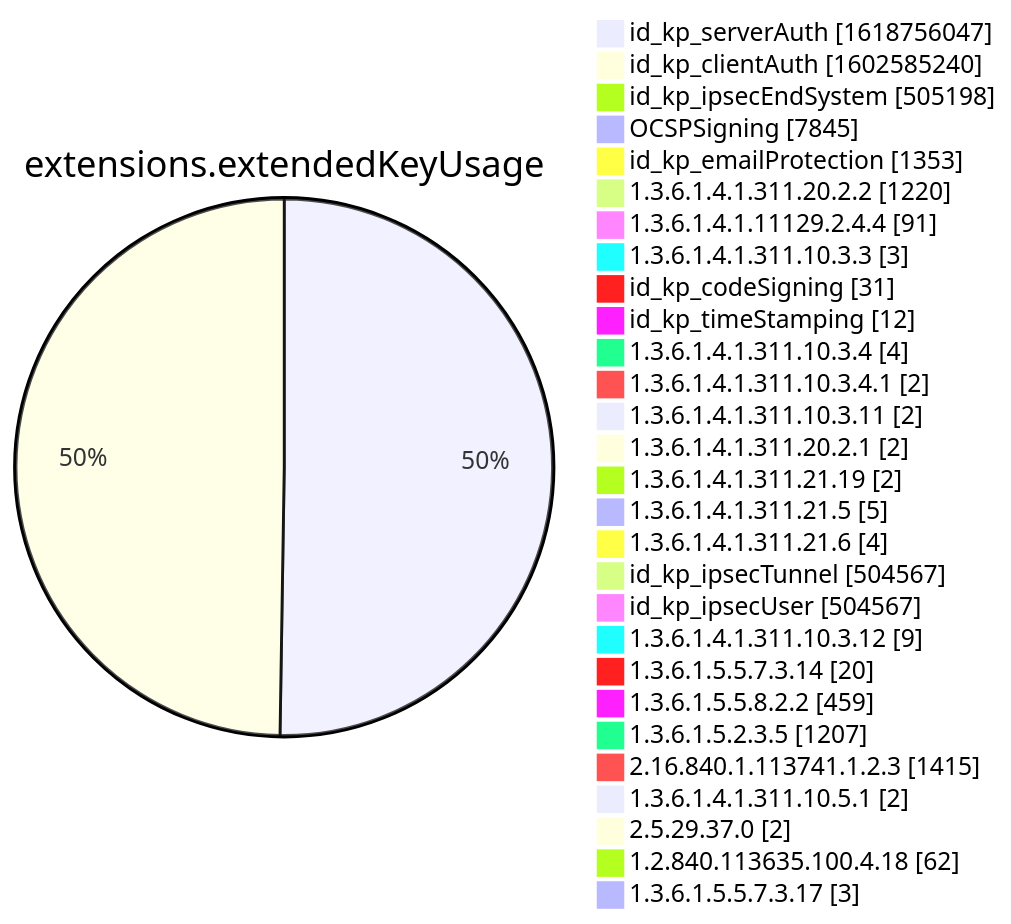
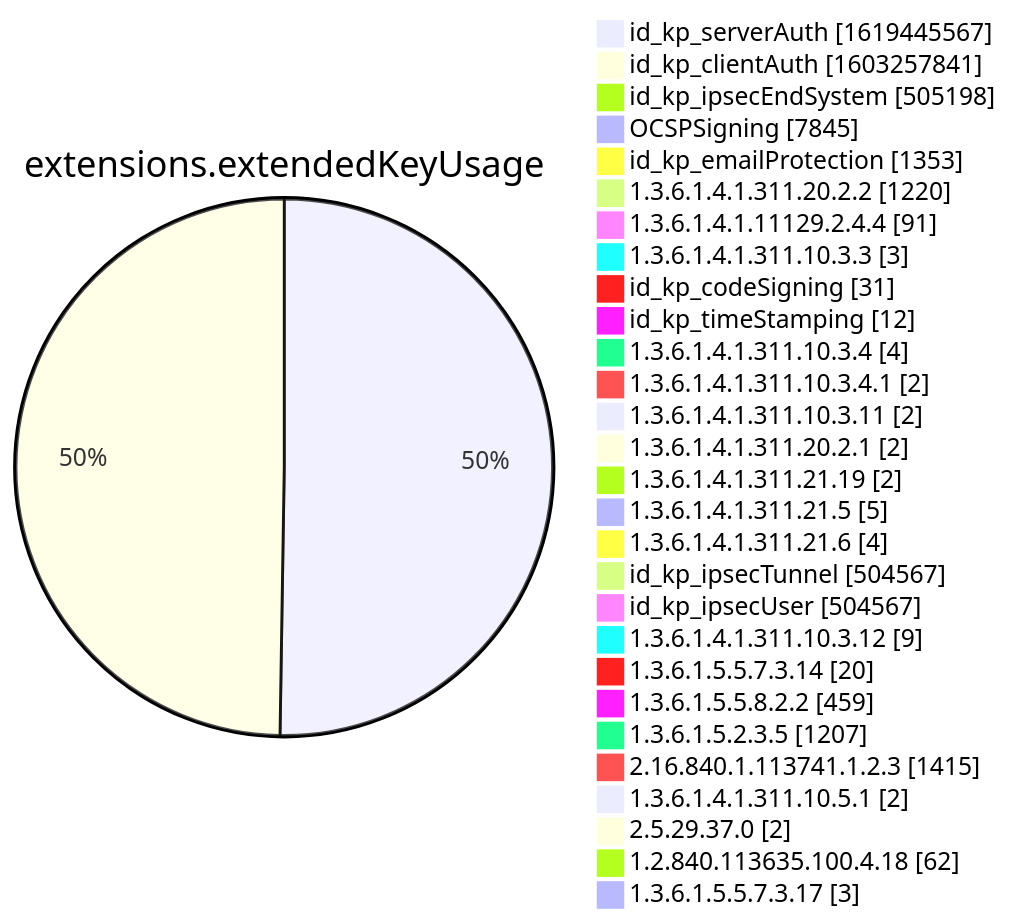
Diagram 12 of 15 in xenon2022/README.md (christiankrug/ctmonitor_visualization), drawn with Mermaid before and after one commit. The commit also changed other lines of this file, not shown here.

````diff
--- a/xenon2022/README.md
+++ b/xenon2022/README.md
@@ -3885,32 +3885,32 @@
 ```mermaid
 pie showData
 title extensions.extendedKeyUsage
-"id_kp_serverAuth" :1618756047
-"id_kp_clientAuth" :1602585240
+"id_kp_serverAuth" :1619445567
+"id_kp_clientAuth" :1603257841
 "id_kp_ipsecEndSystem" :505198
 "OCSPSigning" :7845
 "id_kp_emailProtection" :1353
 "1.3.6.1.4.1.311.20.2.2" :1220
 "1.3.6.1.4.1.11129.2.4.4" :91
 "1.3.6.1.4.1.311.10.3.3" :3
 "id_kp_codeSigning" :31
 "id_kp_timeStamping" :12
 "1.3.6.1.4.1.311.10.3.4" :4
 "1.3.6.1.4.1.311.10.3.4.1" :2
 "1.3.6.1.4.1.311.10.3.11" :2
 "1.3.6.1.4.1.311.20.2.1" :2
 "1.3.6.1.4.1.311.21.19" :2
 "1.3.6.1.4.1.311.21.5" :5
 "1.3.6.1.4.1.311.21.6" :4
 "id_kp_ipsecTunnel" :504567
 "id_kp_ipsecUser" :504567
 "1.3.6.1.4.1.311.10.3.12" :9
 "1.3.6.1.5.5.7.3.14" :20
 "1.3.6.1.5.5.8.2.2" :459
 "1.3.6.1.5.2.3.5" :1207
 "2.16.840.1.113741.1.2.3" :1415
 "1.3.6.1.4.1.311.10.5.1" :2
 "2.5.29.37.0" :2
 "1.2.840.113635.100.4.18" :62
 "1.3.6.1.5.5.7.3.17" :3
 ```
````
